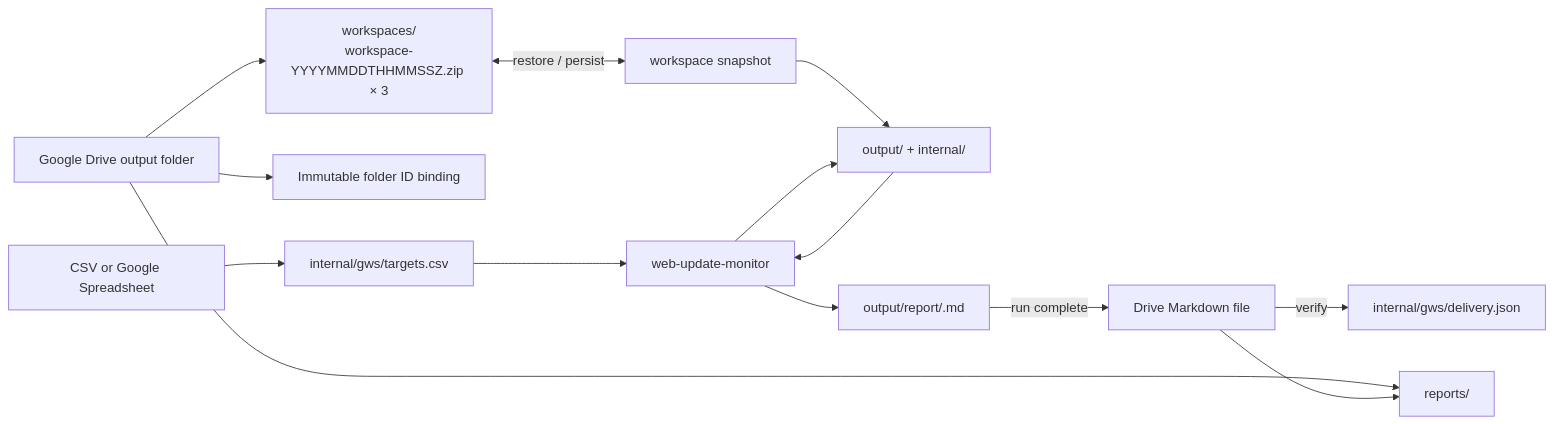
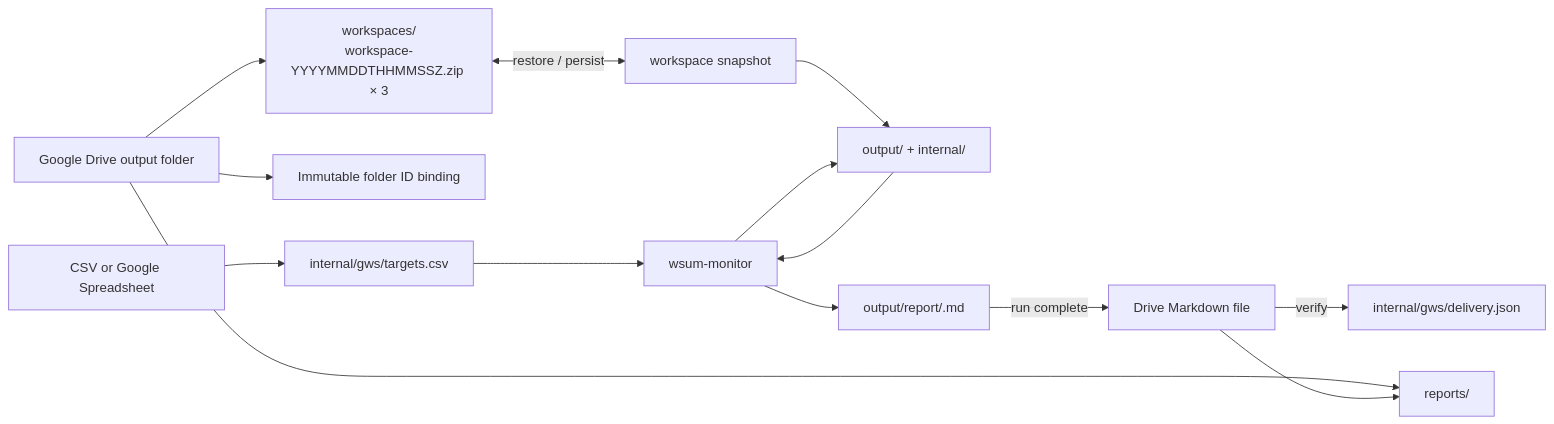
One commit to dceoy/wsum changed the first of 2 diagrams in README.md. Above: the diagram before and after it, drawn with Mermaid. The commit also changed other lines of this file and 21 other files, not shown here.

````diff
--- a/README.md
+++ b/README.md
@@ -23,16 +23,16 @@
 ```mermaid
 flowchart LR
     GS["CSV or Google Spreadsheet"] --> CSV["internal/gws/targets.csv"]
     DP["Google Drive output folder"] --> B["Immutable folder ID binding"]
     DP --> DS["workspaces/<br/>workspace-YYYYMMDDTHHMMSSZ.zip × 3"]
     DP --> DR["reports/"]
     DS <-->|restore / persist| WS["workspace snapshot"]
     WS --> WORKSPACE["output/ + internal/"]
-    CSV --> CORE["web-update-monitor"]
+    CSV --> CORE["wsum-monitor"]
     WORKSPACE --> CORE
     CORE --> WORKSPACE
     CORE --> REPORT["output/report/<run-id>.md"]
     REPORT -->|run complete| GMD["Drive Markdown file"]
     GMD -->|verify| DELIVERY["internal/gws/delivery.json"]
     GMD --> DR
 ```
````
